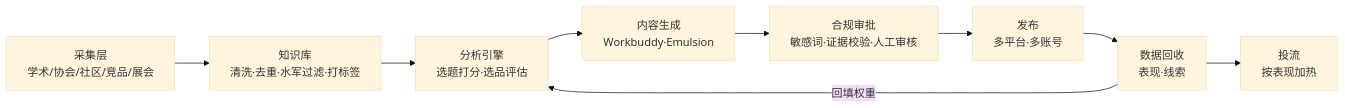
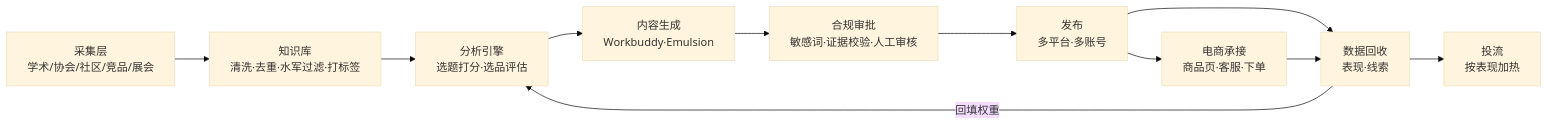
The first of 2 diagrams in src/content/posts/运营/261020品牌运营c0.1.md (ushaio/firefly-blog), drawn with Mermaid (base theme) before and after one commit. The commit also changed other lines of this file and 1 other file, not shown here.

````diff
--- a/src/content/posts/运营/261020品牌运营c0.1.md
+++ b/src/content/posts/运营/261020品牌运营c0.1.md
@@ -41,11 +42,13 @@
 ```mermaid
 flowchart LR
     A[采集层<br>学术/协会/社区/竞品/展会] --> B[知识库<br>清洗·去重·水军过滤·打标签]
     B --> C[分析引擎<br>选题打分·选品评估]
     C --> D[内容生成<br>Workbuddy·Emulsion]
     D --> E[合规审批<br>敏感词·证据校验·人工审核]
     E --> F[发布<br>多平台·多账号]
     F --> G[数据回收<br>表现·线索]
+    F --> I[电商承接<br>商品页·客服·下单]
+    I --> G
     G -->|回填权重| C
     G --> H[投流<br>按表现加热]
 ```
````
